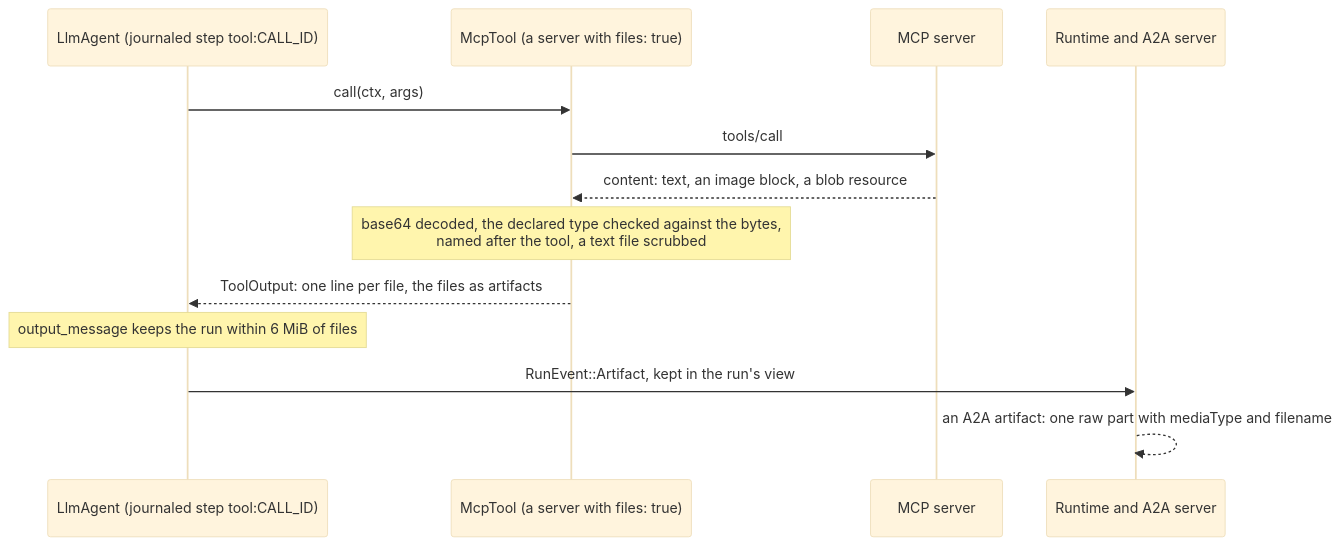
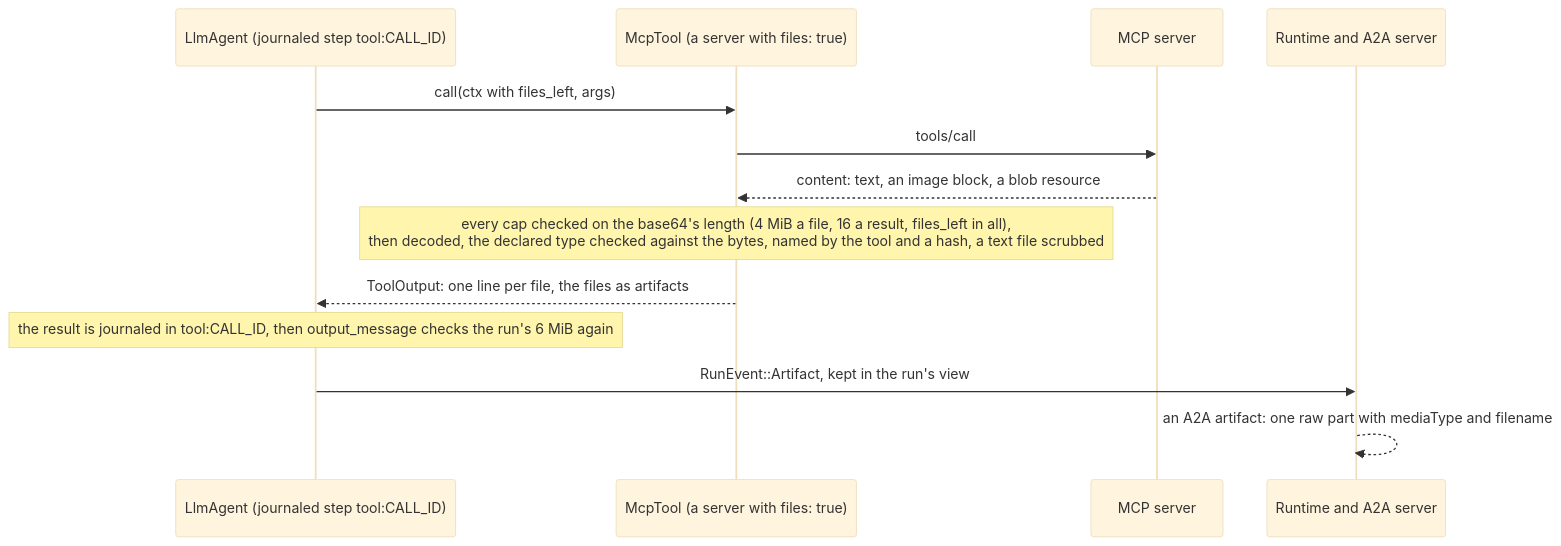
The fifth of 9 diagrams in crates/adam-mcp/README.md (vymalo/another-adam-rs), drawn with Mermaid (base theme) before and after one commit. The commit also changed other lines of this file and 28 other files, not shown here.

First line of the commit message:
fix(runtime)!: bound a result's files by the run's budget, name them by content

````diff
--- a/crates/adam-mcp/README.md
+++ b/crates/adam-mcp/README.md
@@ -273,15 +273,15 @@
 ```mermaid
 sequenceDiagram
     participant L as LlmAgent (journaled step tool:CALL_ID)
     participant T as McpTool (a server with files: true)
     participant S as MCP server
     participant R as Runtime and A2A server
-    L->>T: call(ctx, args)
+    L->>T: call(ctx with files_left, args)
     T->>S: tools/call
     S-->>T: content: text, an image block, a blob resource
-    Note over T: base64 decoded, the declared type checked against the bytes,<br/>named after the tool, a text file scrubbed
+    Note over T: every cap checked on the base64's length (4 MiB a file, 16 a result, files_left in all),<br/>then decoded, the declared type checked against the bytes, named by the tool and a hash, a text file scrubbed
     T-->>L: ToolOutput: one line per file, the files as artifacts
-    Note over L: output_message keeps the run within 6 MiB of files
+    Note over L: the result is journaled in tool:CALL_ID, then output_message checks the run's 6 MiB again
     L->>R: RunEvent::Artifact, kept in the run's view
     R-->>R: an A2A artifact: one raw part with mediaType and filename
 ```
````
